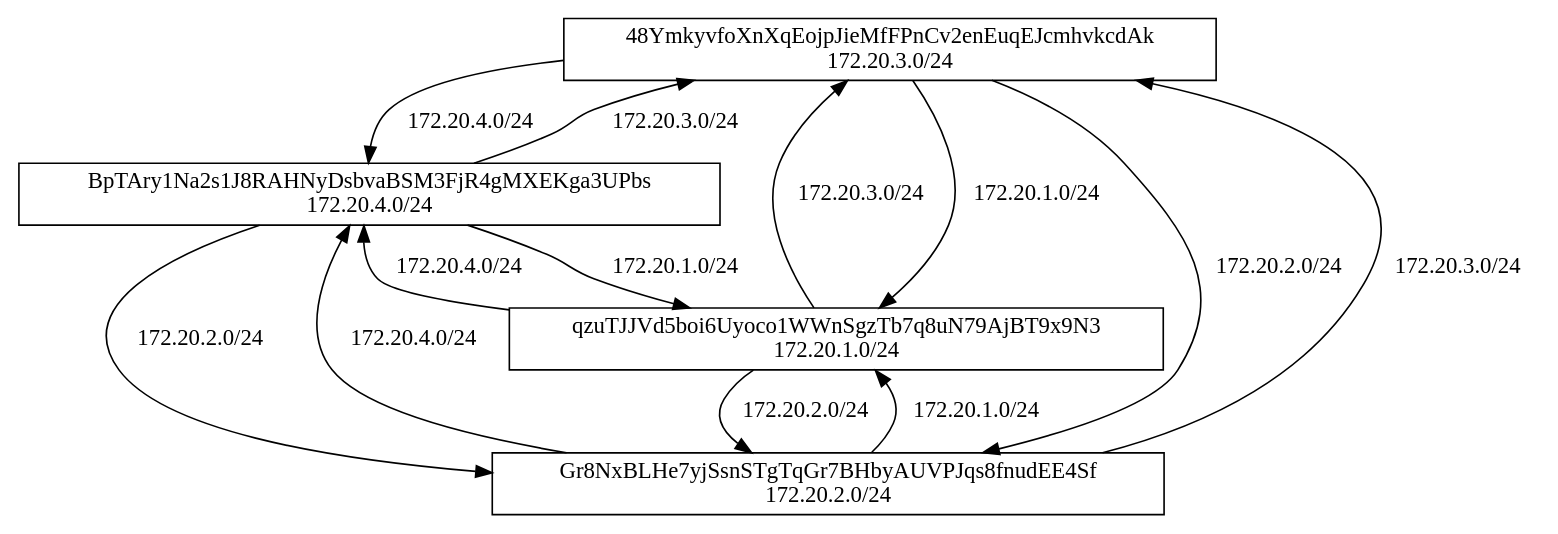
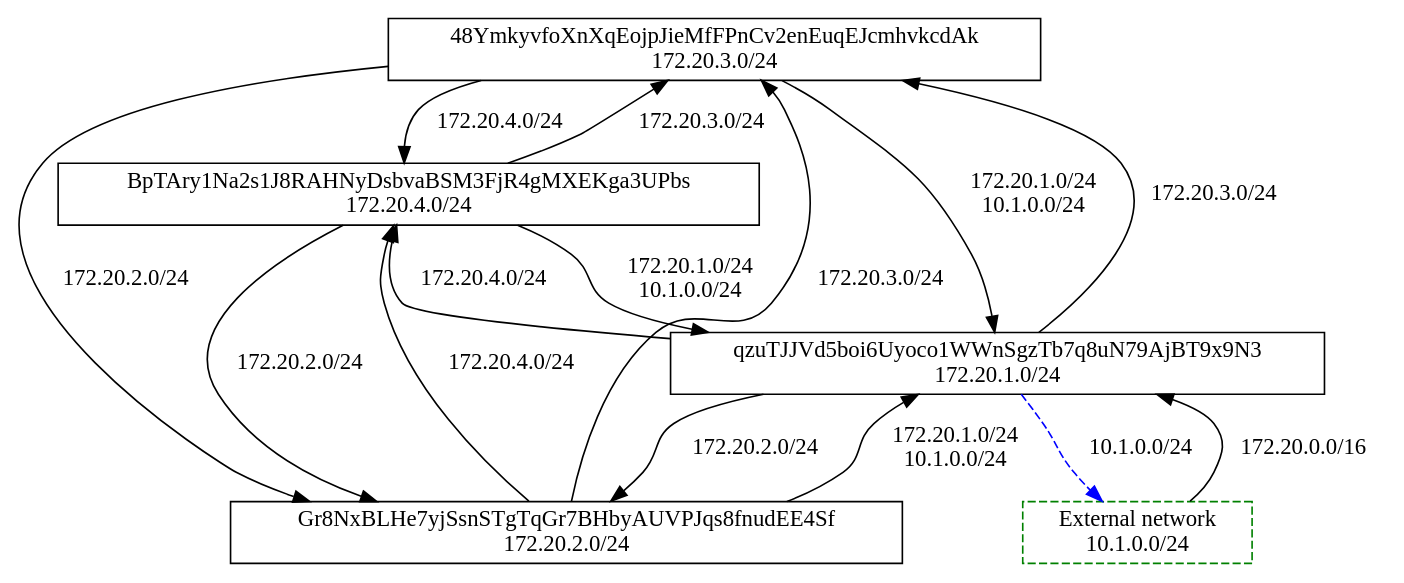
The diagram in tf_grid_demo/network.json.dot (weynandkuijpers/mytrunk), drawn with Graphviz before and after one commit. The commit also changed 7 other files, not shown here.

```diff
--- a/tf_grid_demo/network.json.dot
+++ b/tf_grid_demo/network.json.dot
@@ -1,20 +1,24 @@
 digraph  {
 	
 	n3[label="48YmkyvfoXnXqEojpJieMfFPnCv2enEuqEJcmhvkcdAk\n172.20.3.0/24",shape="box"];
 	n4[label="BpTAry1Na2s1J8RAHNyDsbvaBSM3FjR4gMXEKga3UPbs\n172.20.4.0/24",shape="box"];
+	n5[color="green",label="External network\n10.1.0.0/24",shape="box",style="dashed"];
 	n2[label="Gr8NxBLHe7yjSsnSTgTqGr7BHbyAUVPJqs8fnudEE4Sf\n172.20.2.0/24",shape="box"];
 	n1[label="qzuTJJVd5boi6Uyoco1WWnSgzTb7q8uN79AjBT9x9N3\n172.20.1.0/24",shape="box"];
-	n3->n1[label="172.20.1.0/24"];
+	n3->n1[label="172.20.1.0/24\n10.1.0.0/24"];
 	n3->n2[label="172.20.2.0/24"];
 	n3->n4[label="172.20.4.0/24"];
-	n4->n1[label="172.20.1.0/24"];
+	n4->n1[label="172.20.1.0/24\n10.1.0.0/24"];
 	n4->n2[label="172.20.2.0/24"];
 	n4->n3[label="172.20.3.0/24"];
-	n2->n1[label="172.20.1.0/24"];
+	n5->n1[label="172.20.0.0/16"];
+	n2->n1[label="172.20.1.0/24\n10.1.0.0/24"];
 	n2->n3[label="172.20.3.0/24"];
 	n2->n4[label="172.20.4.0/24"];
 	n1->n2[label="172.20.2.0/24"];
 	n1->n3[label="172.20.3.0/24"];
 	n1->n4[label="172.20.4.0/24"];
+	n1->n5[color="blue",label="10.1.0.0/24",style="dashed"];
+	{rank=same; n5;};
 	
 }
```
